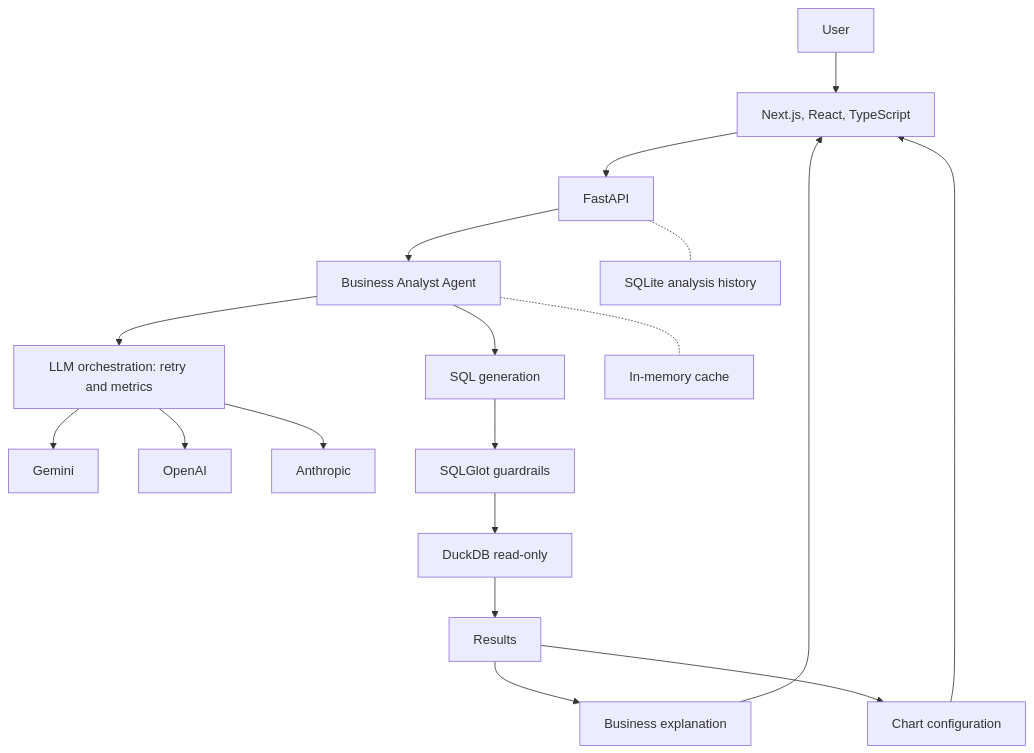
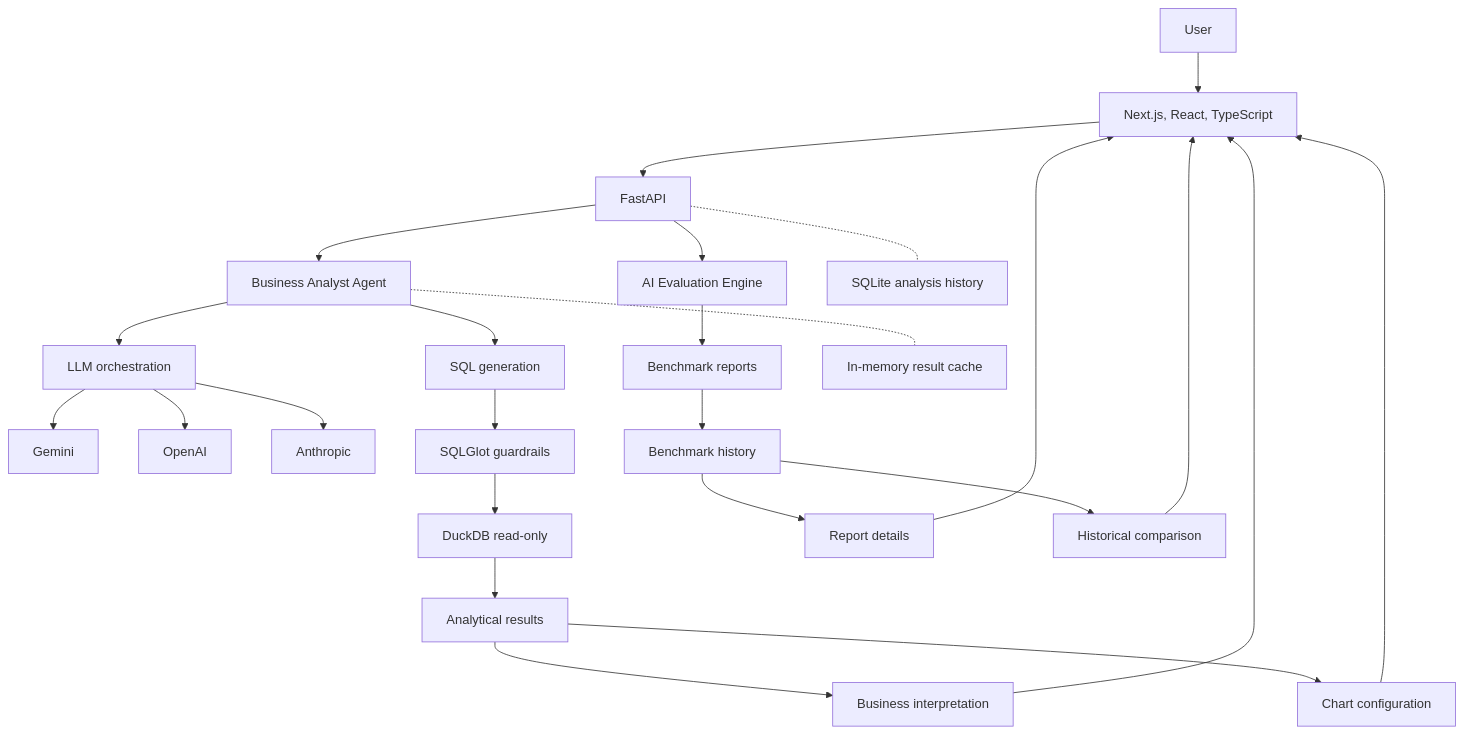
One commit to nascimentomacedodani487-hue/ai-business-analyst changed the first of 2 diagrams in README.md. Above: the diagram before and after it, drawn with Mermaid. The commit also changed other lines of this file and 2 other files, not shown here.

Commit message:
docs: update project documentation for AI Evaluation Engine

````diff
--- a/README.md
+++ b/README.md
@@ -120,20 +166,31 @@
 ```mermaid
 flowchart TD
     U["User"] --> FE["Next.js, React, TypeScript"]
     FE --> API["FastAPI"]
+
     API --> AG["Business Analyst Agent"]
-    AG --> LLM["LLM orchestration: retry and metrics"]
-    LLM --> PGEM["Gemini"]
-    LLM --> POAI["OpenAI"]
-    LLM --> PANT["Anthropic"]
-    AG --> SQLGEN["SQL generation"]
-    SQLGEN --> GUARD["SQLGlot guardrails"]
-    GUARD --> DUCK["DuckDB read-only"]
-    DUCK --> RES["Results"]
-    RES --> EXP["Business explanation"]
-    RES --> VIZ["Chart configuration"]
-    EXP --> FE
-    VIZ --> FE
-    AG -.- CACHE["In-memory cache"]
-    API -.- HIST["SQLite analysis history"]
+    AG --> LLM["LLM orchestration"]
+    LLM --> GEM["Gemini"]
+    LLM --> OAI["OpenAI"]
+    LLM --> ANT["Anthropic"]
+
+    AG --> SQL["SQL generation"]
+    SQL --> GUARD["SQLGlot guardrails"]
+    GUARD --> DB["DuckDB read-only"]
+    DB --> RESULT["Analytical results"]
+    RESULT --> INSIGHT["Business interpretation"]
+    RESULT --> CHART["Chart configuration"]
+    INSIGHT --> FE
+    CHART --> FE
+
+    API --> EVAL["AI Evaluation Engine"]
+    EVAL --> BENCH["Benchmark reports"]
+    BENCH --> HISTORY["Benchmark history"]
+    HISTORY --> DETAIL["Report details"]
+    HISTORY --> COMPARE["Historical comparison"]
+    DETAIL --> FE
+    COMPARE --> FE
+
+    AG -.- CACHE["In-memory result cache"]
+    API -.- AH["SQLite analysis history"]
 ```
````
